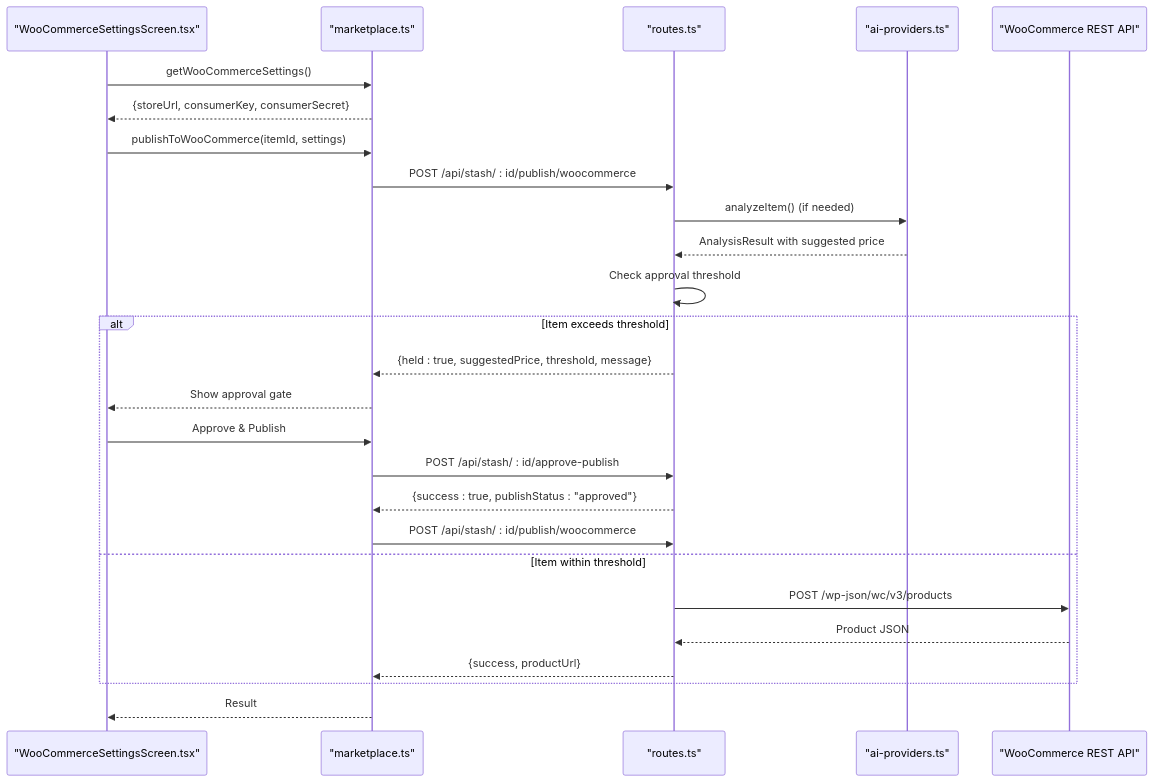
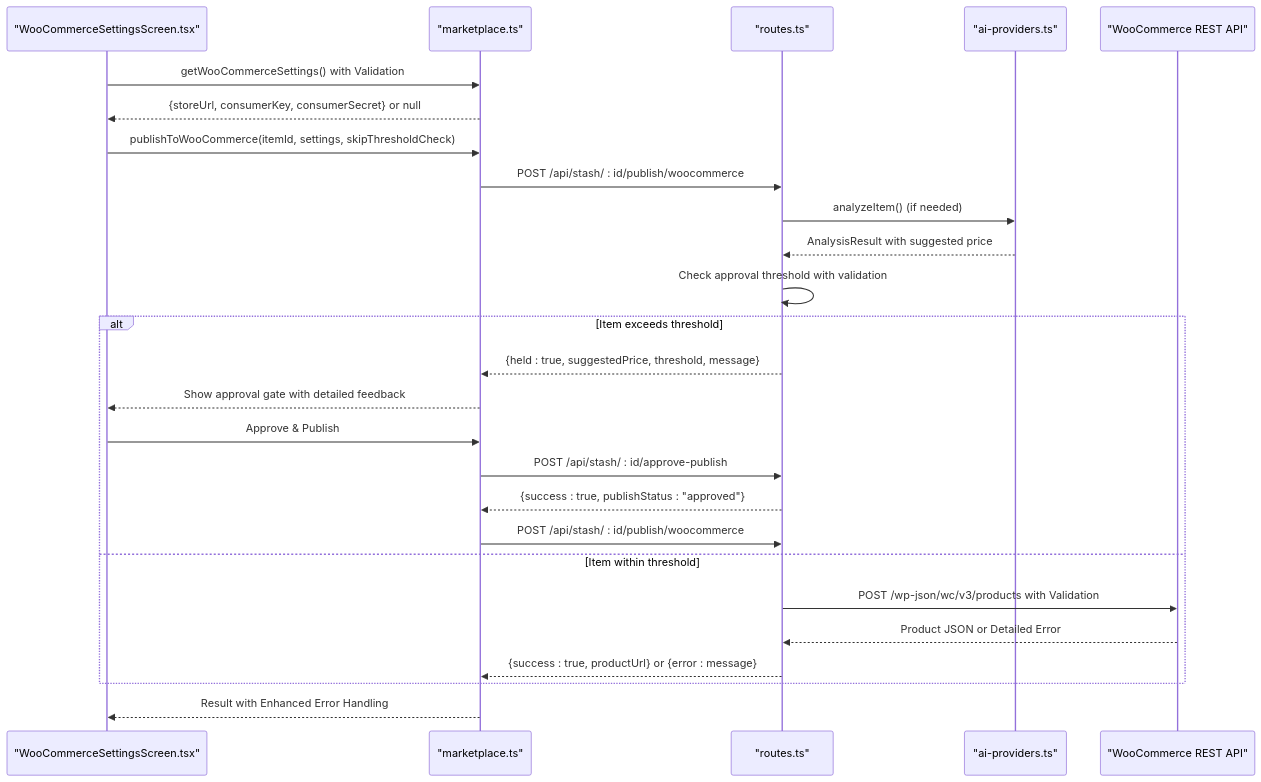
The fourth of 6 diagrams in .qoder/repowiki/en/content/Marketplace Integration/Marketplace Integration.md (hunglevi87/Hidden-Gem), drawn with Mermaid before and after one commit. The commit also changed other lines of this file and 14 other files, not shown here.

````diff
--- a/.qoder/repowiki/en/content/Marketplace Integration/Marketplace Integration.md
+++ b/.qoder/repowiki/en/content/Marketplace Integration/Marketplace Integration.md
@@ -272,28 +291,28 @@
 ```mermaid
 sequenceDiagram
 participant UI as "WooCommerceSettingsScreen.tsx"
 participant CL as "marketplace.ts"
 participant SV as "routes.ts"
 participant AI as "ai-providers.ts"
 participant WC as "WooCommerce REST API"
-UI->>CL : getWooCommerceSettings()
-CL-->>UI : {storeUrl, consumerKey, consumerSecret}
-UI->>CL : publishToWooCommerce(itemId, settings)
+UI->>CL : getWooCommerceSettings() with Validation
+CL-->>UI : {storeUrl, consumerKey, consumerSecret} or null
+UI->>CL : publishToWooCommerce(itemId, settings, skipThresholdCheck)
 CL->>SV : POST /api/stash/ : id/publish/woocommerce
 SV->>AI : analyzeItem() (if needed)
 AI-->>SV : AnalysisResult with suggested price
-SV->>SV : Check approval threshold
+SV->>SV : Check approval threshold with validation
 alt Item exceeds threshold
 SV-->>CL : {held : true, suggestedPrice, threshold, message}
-CL-->>UI : Show approval gate
+CL-->>UI : Show approval gate with detailed feedback
 UI->>CL : Approve & Publish
 CL->>SV : POST /api/stash/ : id/approve-publish
 SV-->>CL : {success : true, publishStatus : "approved"}
 CL->>SV : POST /api/stash/ : id/publish/woocommerce
 else Item within threshold
-SV->>WC : POST /wp-json/wc/v3/products
-WC-->>SV : Product JSON
-SV-->>CL : {success, productUrl}
+SV->>WC : POST /wp-json/wc/v3/products with Validation
+WC-->>SV : Product JSON or Detailed Error
+SV-->>CL : {success : true, productUrl} or {error : message}
 end
-CL-->>UI : Result
+CL-->>UI : Result with Enhanced Error Handling
 ```
````
